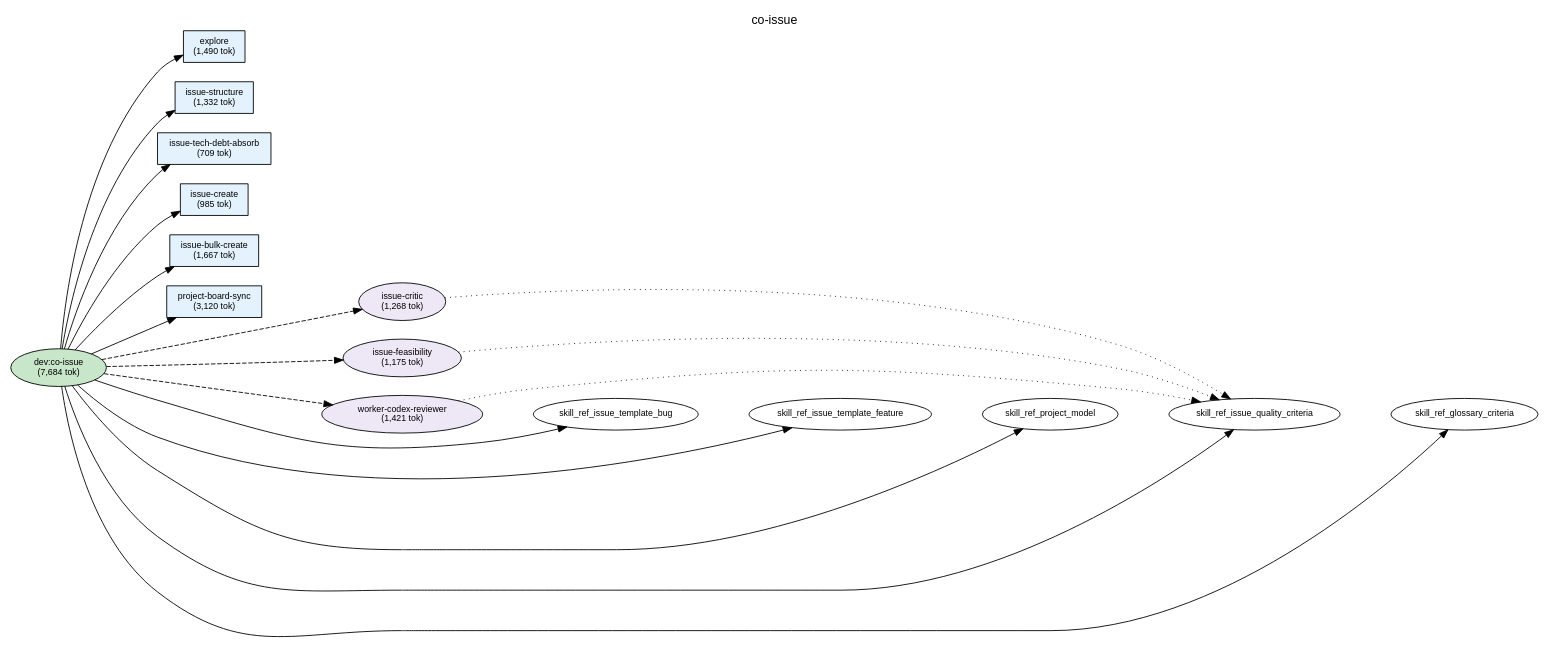
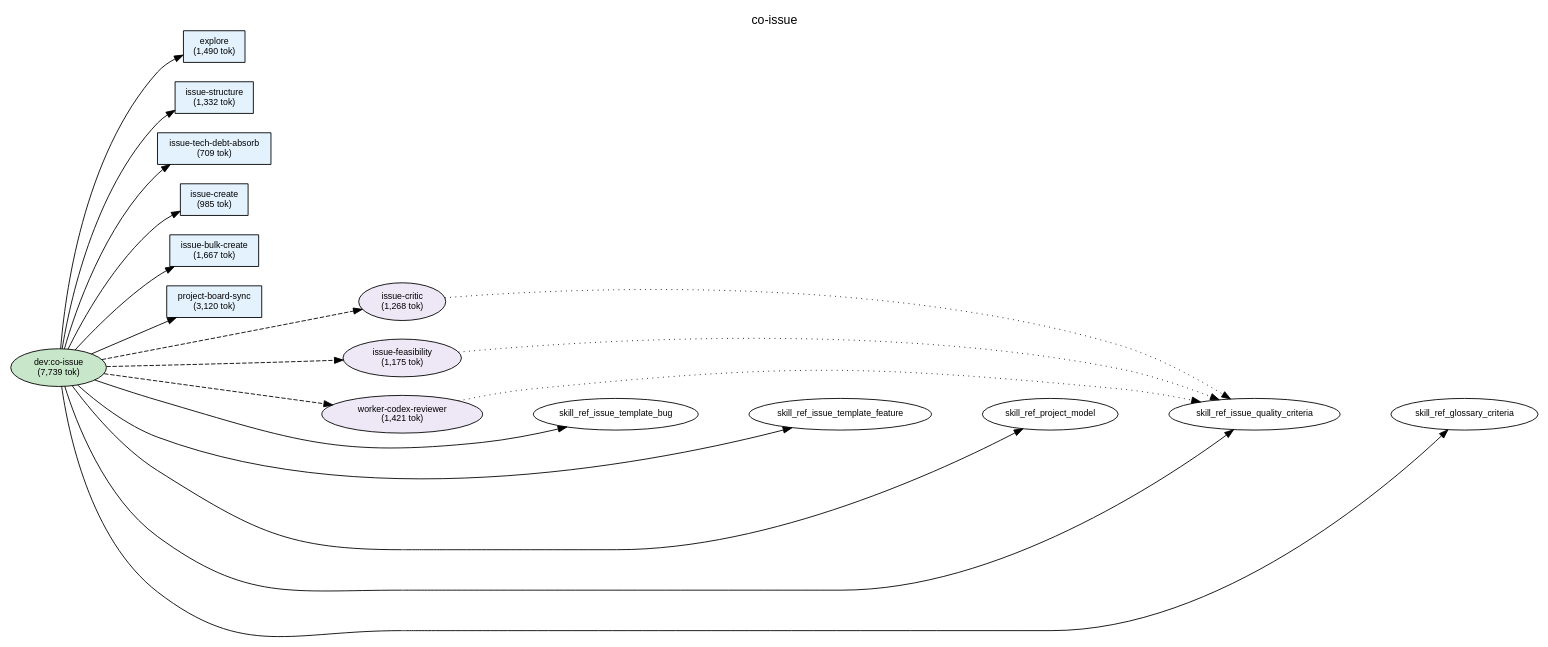
Before and after one commit to shuu5/twill: the diagram in plugins/dev/docs/deps-co-issue.dot, drawn with Graphviz. The commit also changed 10 other files, not shown here.

```diff
--- a/plugins/dev/docs/deps-co-issue.dot
+++ b/plugins/dev/docs/deps-co-issue.dot
@@ -1,80 +1,80 @@
 digraph Dependencies {
     // Graph settings
     rankdir=LR;
     ranksep=0.8;
     nodesep=0.3;
     fontname="Helvetica";
     node [fontname="Helvetica", fontsize=10];
     edge [fontname="Helvetica", fontsize=9];
     label="co-issue";
     labelloc=t;
     fontsize=14;
 
     // L0: Controller Skills
-    skill_co_issue [label="dev:co-issue\n(7,684 tok)", shape=ellipse, style=filled, fillcolor="#c8e6c9"];
+    skill_co_issue [label="dev:co-issue\n(7,739 tok)", shape=ellipse, style=filled, fillcolor="#c8e6c9"];
 
     // L0: Launchers
 
     // L0.5: Workflow Skills
 
     // Reference Skills
 
     // L1: Direct Commands
     cmd_issue_structure [label="issue-structure\n(1,332 tok)", shape=box, style=filled, fillcolor="#e3f2fd"];
     cmd_issue_create [label="issue-create\n(985 tok)", shape=box, style=filled, fillcolor="#e3f2fd"];
     cmd_issue_bulk_create [label="issue-bulk-create\n(1,667 tok)", shape=box, style=filled, fillcolor="#e3f2fd"];
     cmd_issue_tech_debt_absorb [label="issue-tech-debt-absorb\n(709 tok)", shape=box, style=filled, fillcolor="#e3f2fd"];
     cmd_project_board_sync [label="project-board-sync\n(3,120 tok)", shape=box, style=filled, fillcolor="#e3f2fd"];
     cmd_explore [label="explore\n(1,490 tok)", shape=box, style=filled, fillcolor="#e3f2fd"];
 
     // L2: Sub Commands
 
     // L3: Agents
     agent_issue_critic [label="issue-critic\n(1,268 tok)", shape=ellipse, style=filled, fillcolor="#ede7f6"];
     agent_issue_feasibility [label="issue-feasibility\n(1,175 tok)", shape=ellipse, style=filled, fillcolor="#ede7f6"];
     agent_worker_codex_reviewer [label="worker-codex-reviewer\n(1,421 tok)", shape=ellipse, style=filled, fillcolor="#ede7f6"];
 
     // L3.5: Scripts
 
     // L4: External
 
     // Layer constraints
     { rank=same; skill_co_issue; }
     { rank=same; cmd_issue_structure; cmd_issue_create; cmd_issue_bulk_create; cmd_issue_tech_debt_absorb; cmd_project_board_sync; cmd_explore; }
     { rank=same; agent_issue_critic; agent_issue_feasibility; agent_worker_codex_reviewer; }
 
     // Edges
     skill_co_issue -> cmd_explore;
     skill_co_issue -> cmd_issue_structure;
     skill_co_issue -> cmd_issue_tech_debt_absorb;
     skill_co_issue -> cmd_issue_create;
     skill_co_issue -> cmd_issue_bulk_create;
     skill_co_issue -> cmd_project_board_sync;
     skill_co_issue -> agent_issue_critic [style=dashed];
     skill_co_issue -> agent_issue_feasibility [style=dashed];
     skill_co_issue -> agent_worker_codex_reviewer [style=dashed];
     skill_co_issue -> skill_ref_issue_template_bug;
     skill_co_issue -> skill_ref_issue_template_feature;
     skill_co_issue -> skill_ref_project_model;
     skill_co_issue -> skill_ref_issue_quality_criteria;
     skill_co_issue -> skill_ref_glossary_criteria;
     agent_issue_critic -> skill_ref_issue_quality_criteria [style=dotted];
     agent_issue_feasibility -> skill_ref_issue_quality_criteria [style=dotted];
     agent_worker_codex_reviewer -> skill_ref_issue_quality_criteria [style=dotted];
 
     // Ordering constraints (invisible edges)
     cmd_explore -> cmd_issue_structure [style=invis, weight=10];
     cmd_issue_structure -> cmd_issue_tech_debt_absorb [style=invis, weight=10];
     cmd_issue_tech_debt_absorb -> cmd_issue_create [style=invis, weight=10];
     cmd_issue_create -> cmd_issue_bulk_create [style=invis, weight=10];
     cmd_issue_bulk_create -> cmd_project_board_sync [style=invis, weight=10];
     cmd_project_board_sync -> agent_issue_critic [style=invis, weight=10];
     agent_issue_critic -> agent_issue_feasibility [style=invis, weight=10];
     agent_issue_feasibility -> agent_worker_codex_reviewer [style=invis, weight=10];
     agent_worker_codex_reviewer -> skill_ref_issue_template_bug [style=invis, weight=10];
     skill_ref_issue_template_bug -> skill_ref_issue_template_feature [style=invis, weight=10];
     skill_ref_issue_template_feature -> skill_ref_project_model [style=invis, weight=10];
     skill_ref_project_model -> skill_ref_issue_quality_criteria [style=invis, weight=10];
     skill_ref_issue_quality_criteria -> skill_ref_glossary_criteria [style=invis, weight=10];
 
 }
```
